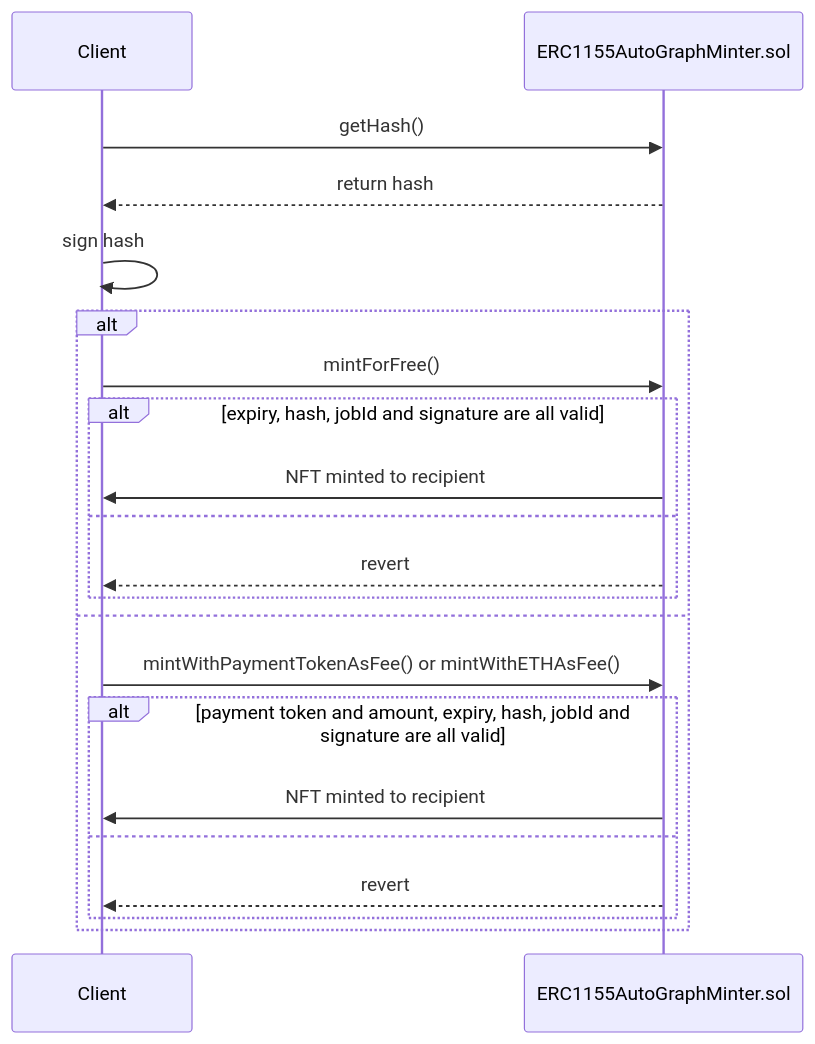
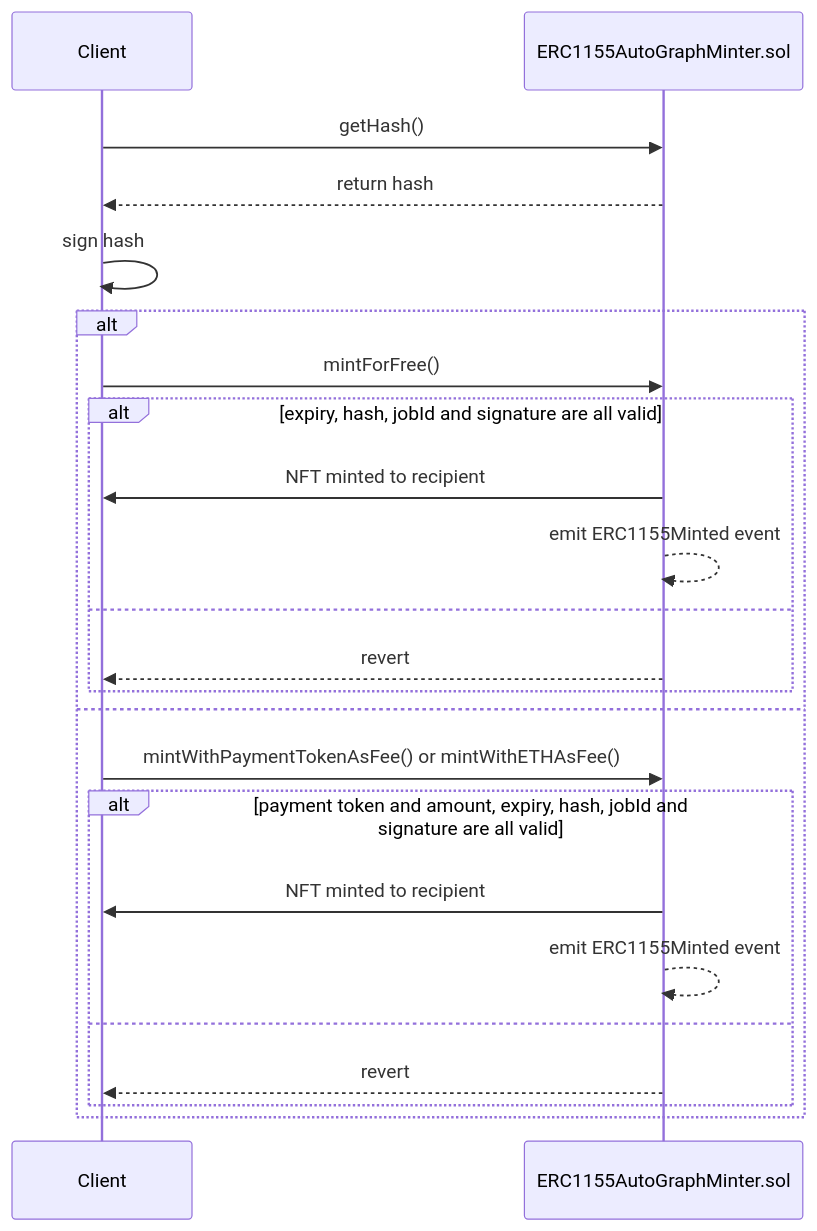
The diagram in doc/features/Crafting.md (ZTX-Foundation/tuxedo), drawn with Mermaid before and after one commit. The commit also changed 1 other file, not shown here.

Commit message:
chore: sequence diagram updates

````diff
--- a/doc/features/Crafting.md
+++ b/doc/features/Crafting.md
@@ -28,24 +28,26 @@
 ```mermaid
 sequenceDiagram
     participant Client
     participant ERC1155AutoGraphMinter.sol
     Client->>ERC1155AutoGraphMinter.sol: getHash()
     ERC1155AutoGraphMinter.sol-->>Client: return hash
     Client->>Client: sign hash
     
     alt
         Client->>ERC1155AutoGraphMinter.sol: mintForFree()
         alt expiry, hash, jobId and signature are all valid
             ERC1155AutoGraphMinter.sol->>Client: NFT minted to recipient
+            ERC1155AutoGraphMinter.sol-->>ERC1155AutoGraphMinter.sol: emit ERC1155Minted event
         else
             ERC1155AutoGraphMinter.sol-->>Client: revert
         end
     else
         Client->>ERC1155AutoGraphMinter.sol: mintWithPaymentTokenAsFee() or mintWithETHAsFee()
         alt payment token and amount, expiry, hash, jobId and signature are all valid
             ERC1155AutoGraphMinter.sol->>Client: NFT minted to recipient
+            ERC1155AutoGraphMinter.sol-->>ERC1155AutoGraphMinter.sol: emit ERC1155Minted event
         else
             ERC1155AutoGraphMinter.sol-->>Client: revert
         end
     end
 ```
````
